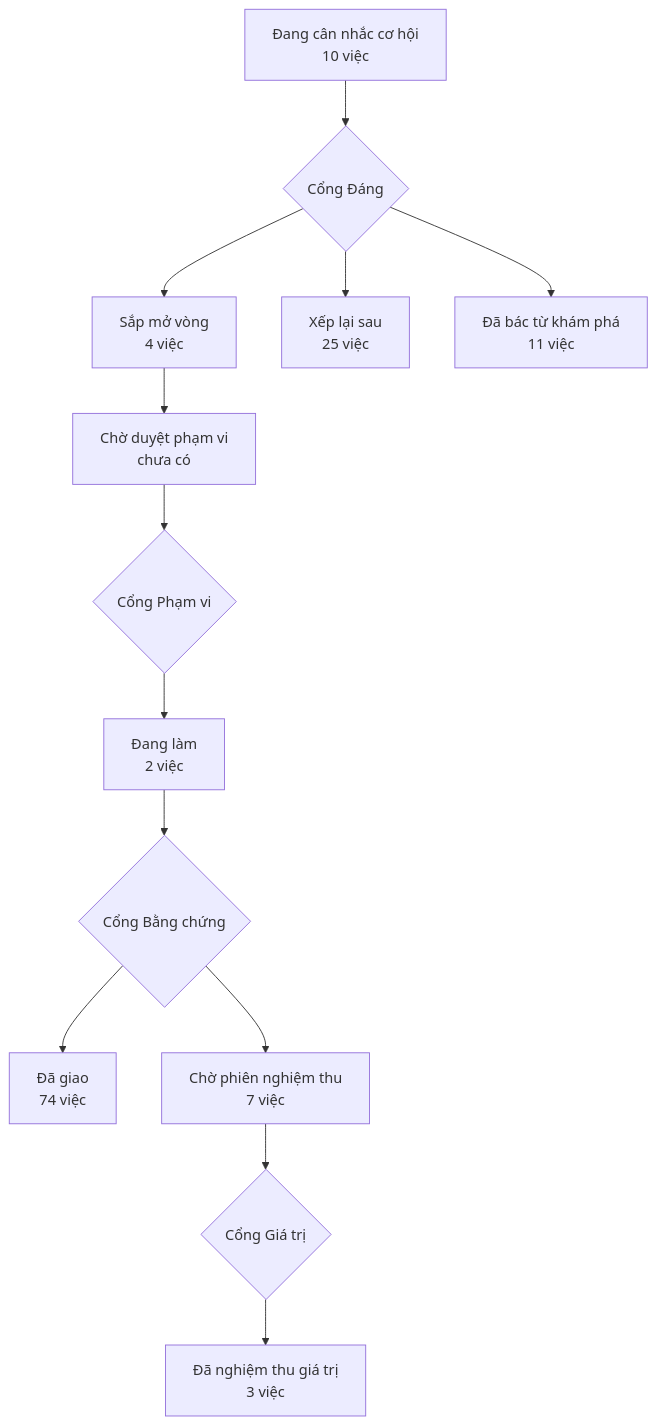
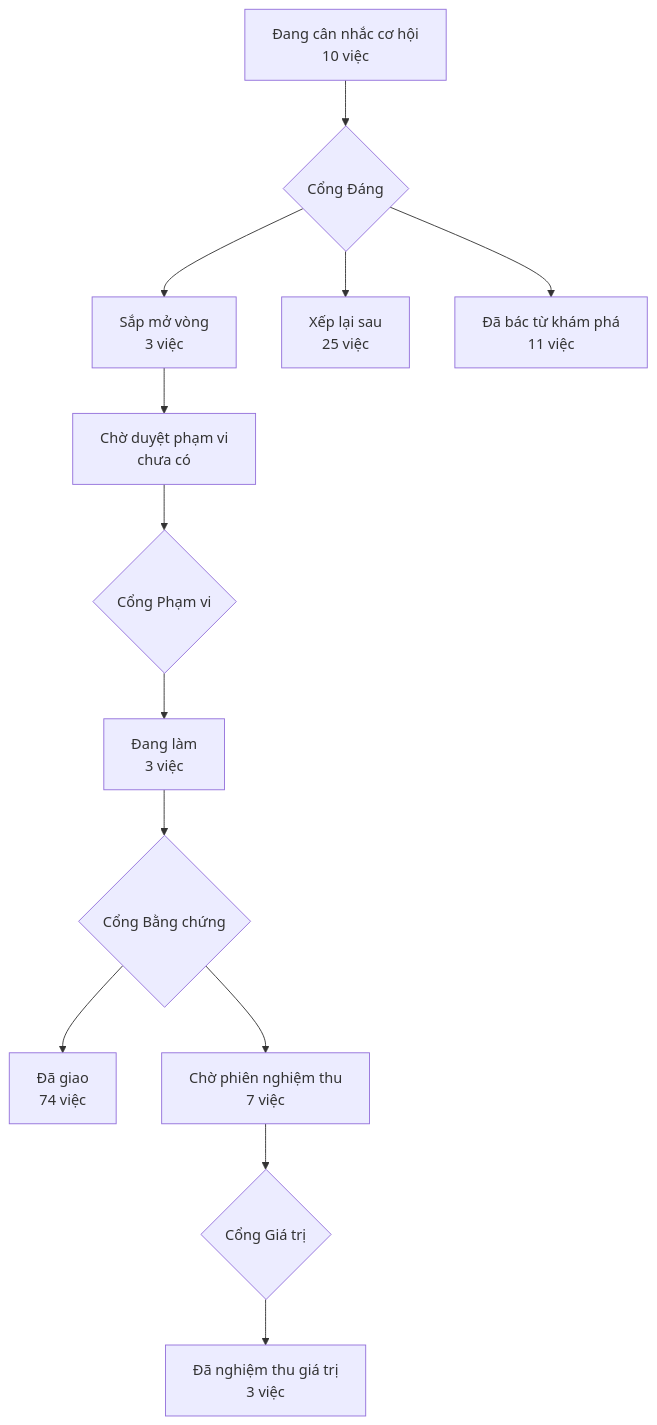
The diagram in PRODUCT-MAP.md (phanlemanh/acceptance-gate-kit), drawn with Mermaid before and after one commit. The commit also changed other lines of this file and 6 other files, not shown here.

````diff
--- a/PRODUCT-MAP.md
+++ b/PRODUCT-MAP.md
@@ -6,12 +6,12 @@
 ```mermaid
 flowchart TD
   A["Đang cân nhắc cơ hội<br/>10 việc"] --> GD{"Cổng Đáng"}
-  GD --> B["Sắp mở vòng<br/>4 việc"]
+  GD --> B["Sắp mở vòng<br/>3 việc"]
   GD --> XL["Xếp lại sau<br/>25 việc"]
   GD --> DB["Đã bác từ khám phá<br/>11 việc"]
   B --> CD["Chờ duyệt phạm vi<br/>chưa có"] --> GP{"Cổng Phạm vi"}
-  GP --> DL["Đang làm<br/>2 việc"] --> GB{"Cổng Bằng chứng"}
+  GP --> DL["Đang làm<br/>3 việc"] --> GB{"Cổng Bằng chứng"}
   GB --> DG["Đã giao<br/>74 việc"]
   GB --> CN["Chờ phiên nghiệm thu<br/>7 việc"] --> GG{"Cổng Giá trị"}
   GG --> NT["Đã nghiệm thu giá trị<br/>3 việc"]
 ```
````
